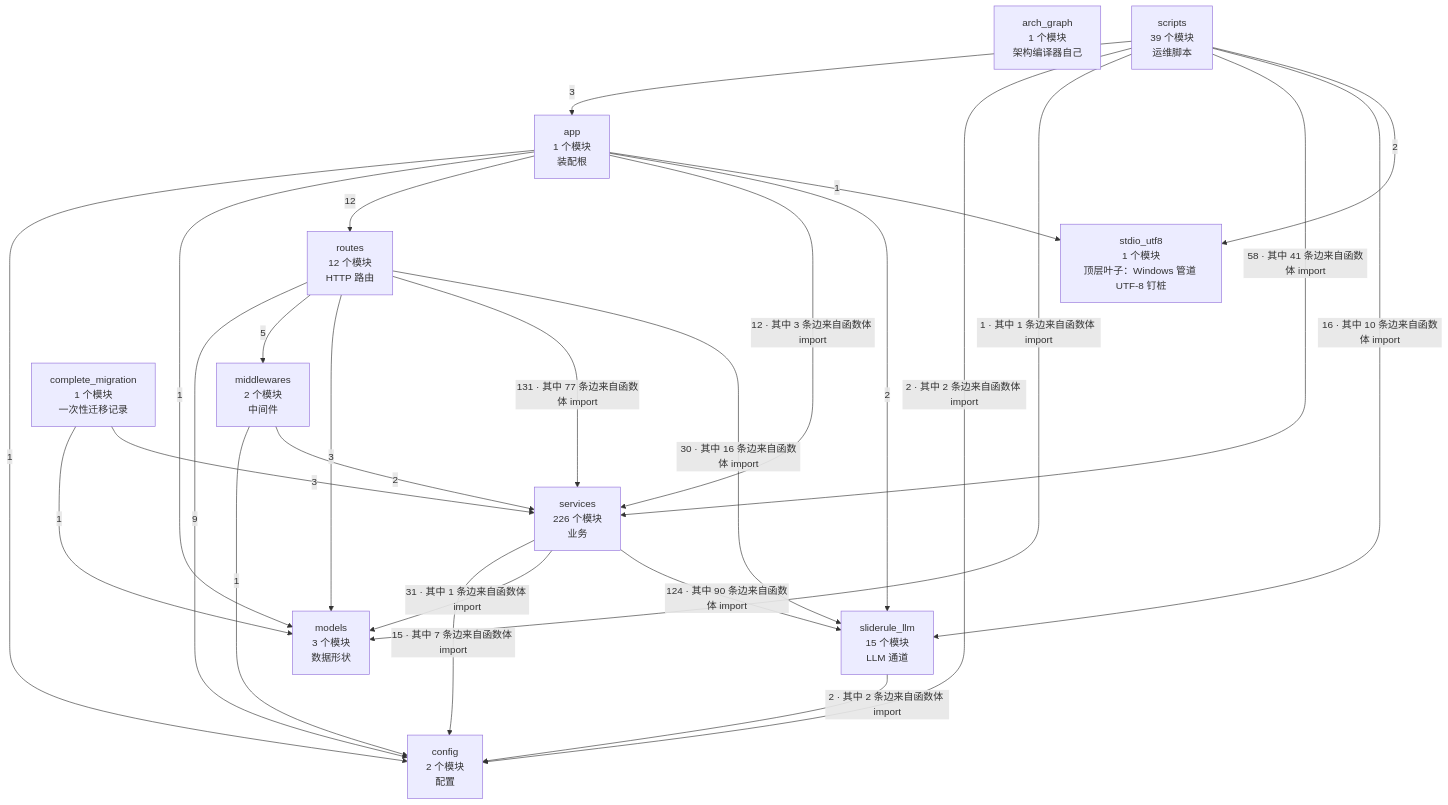
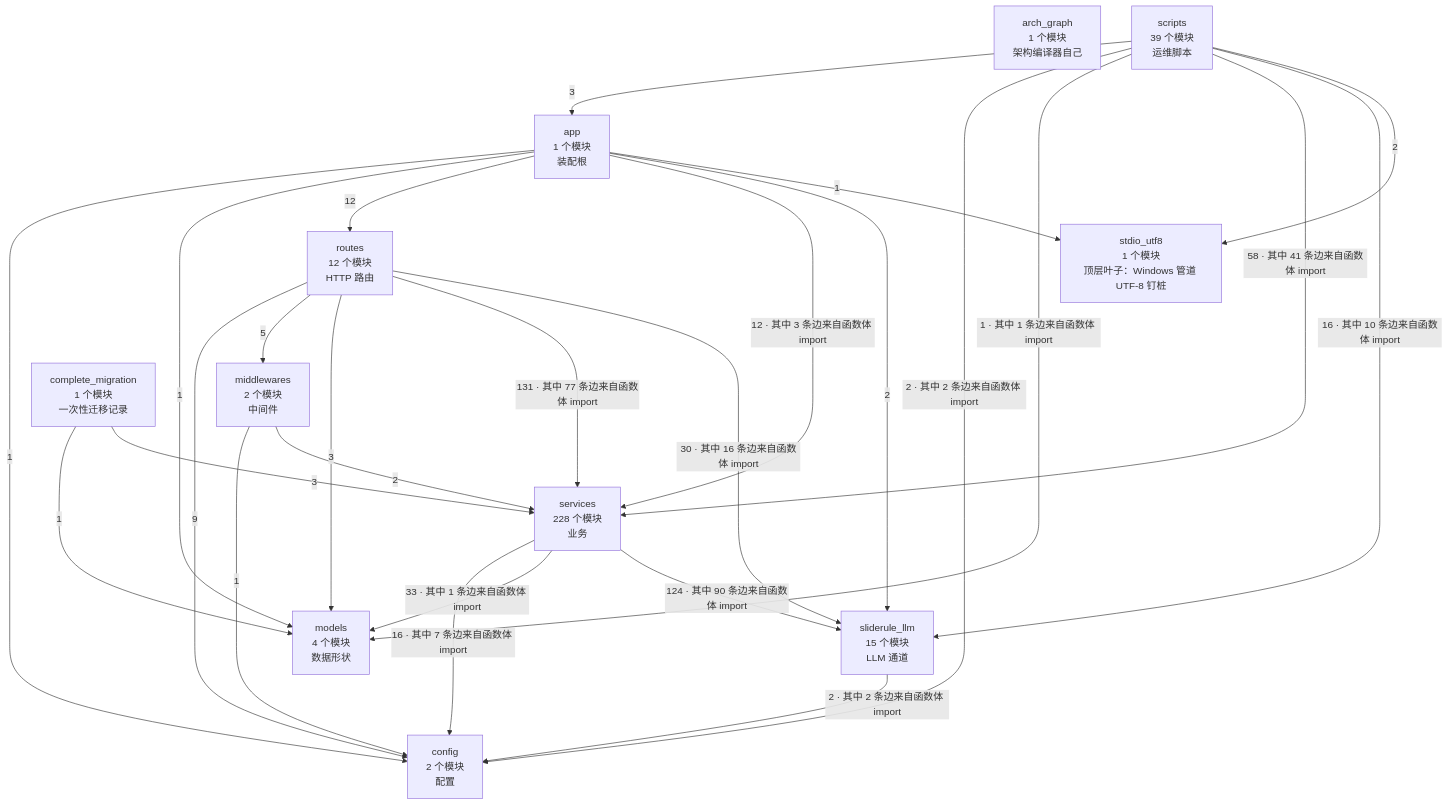
One commit to 2686521696/WhyBuddy changed the second of 4 diagrams in docs/SlideRule V6.2 架构图（自动生成）.md. Above: the diagram before and after it, drawn with Mermaid. The commit also changed other lines of this file and 20 other files, not shown here.

````diff
--- a/docs/SlideRule V6.2 架构图（自动生成）.md
+++ b/docs/SlideRule V6.2 架构图（自动生成）.md
@@ -62,39 +62,39 @@
 ```mermaid
 flowchart TB
   arch_graph["arch_graph<br/>1 个模块<br/>架构编译器自己"]
   config["config<br/>2 个模块<br/>配置"]
-  models["models<br/>3 个模块<br/>数据形状"]
+  models["models<br/>4 个模块<br/>数据形状"]
   stdio_utf8["stdio_utf8<br/>1 个模块<br/>顶层叶子：Windows 管道 UTF-8 钉桩"]
   sliderule_llm["sliderule_llm<br/>15 个模块<br/>LLM 通道"]
   middlewares["middlewares<br/>2 个模块<br/>中间件"]
-  services["services<br/>226 个模块<br/>业务"]
+  services["services<br/>228 个模块<br/>业务"]
   routes["routes<br/>12 个模块<br/>HTTP 路由"]
   app["app<br/>1 个模块<br/>装配根"]
   complete_migration["complete_migration<br/>1 个模块<br/>一次性迁移记录"]
   scripts["scripts<br/>39 个模块<br/>运维脚本"]
   app -->|1| config
   app -->|1| models
   app -->|12| routes
   app -->|12 · 其中 3 条边来自函数体 import| services
   app -->|2| sliderule_llm
   app -->|1| stdio_utf8
   complete_migration -->|1| models
   complete_migration -->|3| services
   middlewares -->|1| config
   middlewares -->|2| services
   routes -->|9| config
   routes -->|5| middlewares
   routes -->|3| models
   routes -->|131 · 其中 77 条边来自函数体 import| services
   routes -->|30 · 其中 16 条边来自函数体 import| sliderule_llm
   scripts -->|3| app
   scripts -->|2 · 其中 2 条边来自函数体 import| config
   scripts -->|1 · 其中 1 条边来自函数体 import| models
   scripts -->|58 · 其中 41 条边来自函数体 import| services
   scripts -->|16 · 其中 10 条边来自函数体 import| sliderule_llm
   scripts -->|2| stdio_utf8
-  services -->|15 · 其中 7 条边来自函数体 import| config
-  services -->|31 · 其中 1 条边来自函数体 import| models
+  services -->|16 · 其中 7 条边来自函数体 import| config
+  services -->|33 · 其中 1 条边来自函数体 import| models
   services -->|124 · 其中 90 条边来自函数体 import| sliderule_llm
   sliderule_llm -->|2 · 其中 2 条边来自函数体 import| config
 ```
````
